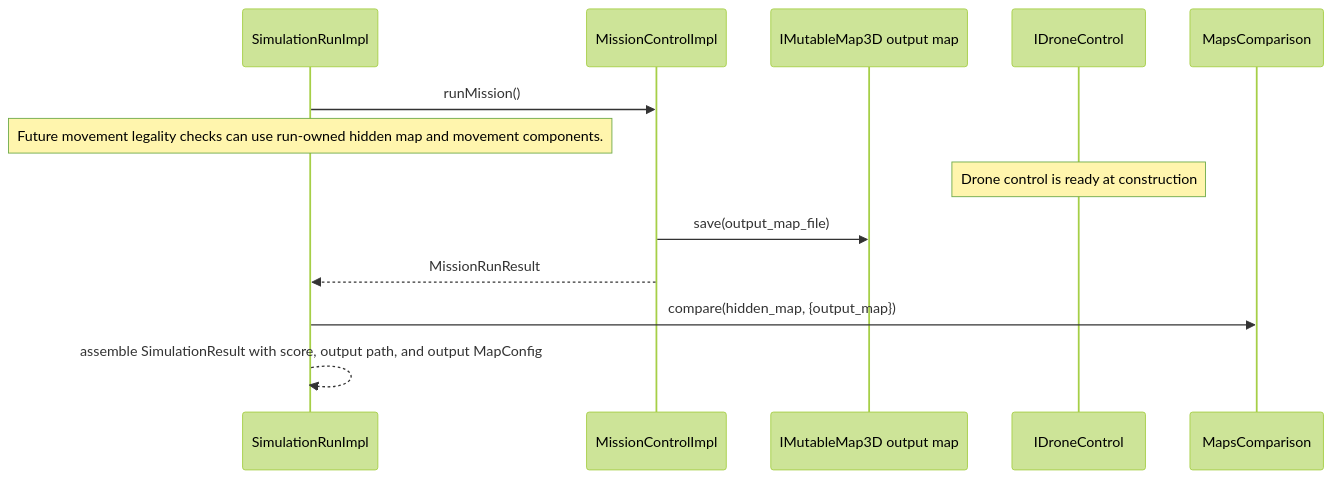
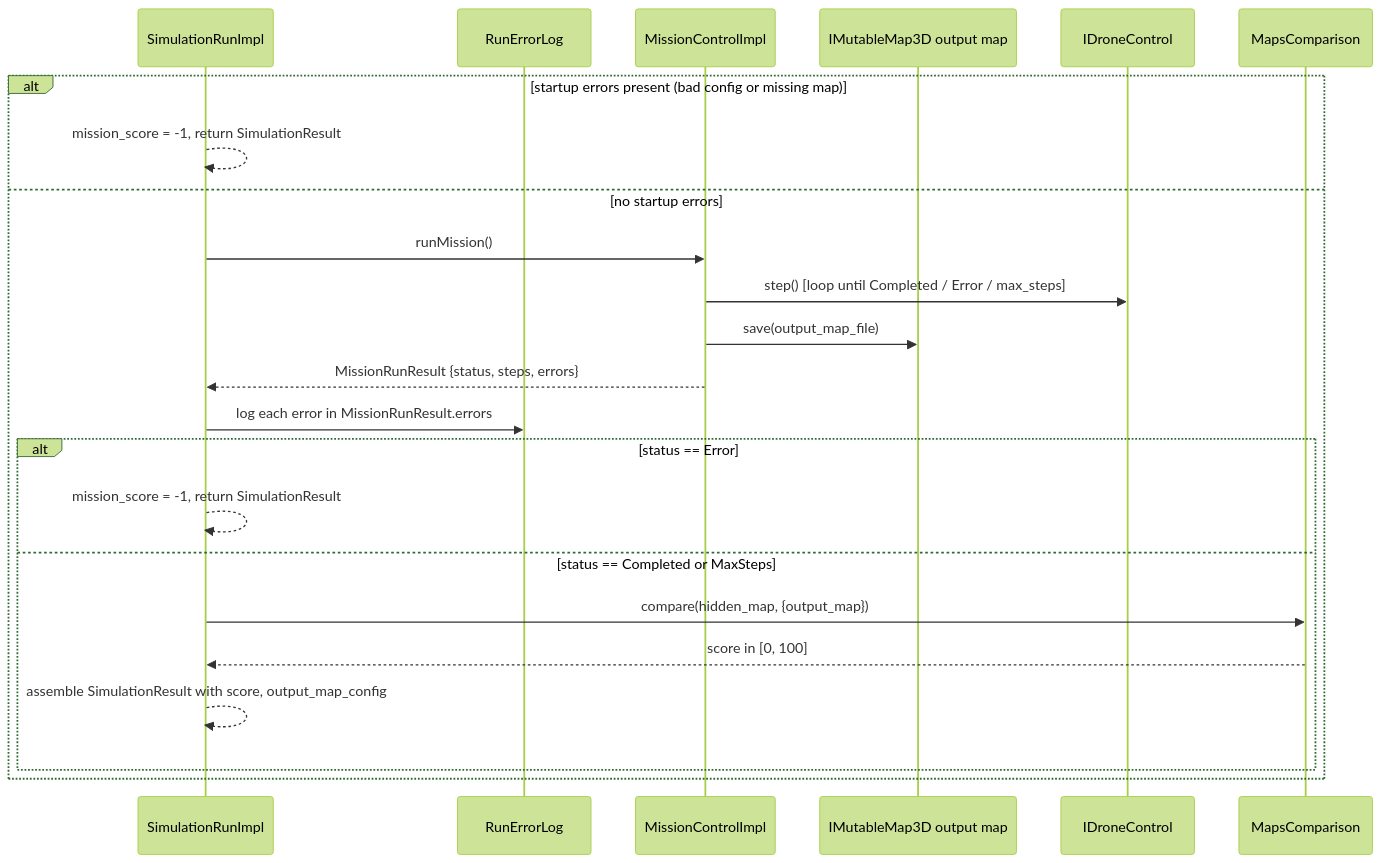
Before and after one commit to Sagi154/Drone-Mapper-ex2: the fifth of 6 diagrams in docs/HLD.md, drawn with Mermaid (forest theme). The commit also changed other lines of this file, not shown here.

Commit message:
docs: add algorithm state machine, scoring, and error-path HLD sections

````diff
--- a/docs/HLD.md
+++ b/docs/HLD.md
@@ -312,16 +312,26 @@
 ```mermaid
 sequenceDiagram
     participant Run as SimulationRunImpl
+    participant Log as RunErrorLog
     participant Mission as MissionControlImpl
     participant OutputMap as IMutableMap3D output map
     participant Drone as IDroneControl
     participant Compare as MapsComparison
 
-    Run->>Mission: runMission()
-    Note over Run: Future movement legality checks can use run-owned hidden map and movement components.
-    Note over Drone: Drone control is ready at construction;
-    Mission->>OutputMap: save(output_map_file)
-    Mission-->>Run: MissionRunResult
-    Run->>Compare: compare(hidden_map, {output_map})
-    Run-->>Run: assemble SimulationResult with score, output path, and output MapConfig
+    alt startup errors present (bad config or missing map)
+        Run-->>Run: mission_score = -1, return SimulationResult
+    else no startup errors
+        Run->>Mission: runMission()
+        Mission->>Drone: step() [loop until Completed / Error / max_steps]
+        Mission->>OutputMap: save(output_map_file)
+        Mission-->>Run: MissionRunResult {status, steps, errors}
+        Run->>Log: log each error in MissionRunResult.errors
+        alt status == Error
+            Run-->>Run: mission_score = -1, return SimulationResult
+        else status == Completed or MaxSteps
+            Run->>Compare: compare(hidden_map, {output_map})
+            Compare-->>Run: score in [0, 100]
+            Run-->>Run: assemble SimulationResult with score, output_map_config
+        end
+    end
 ```
````
